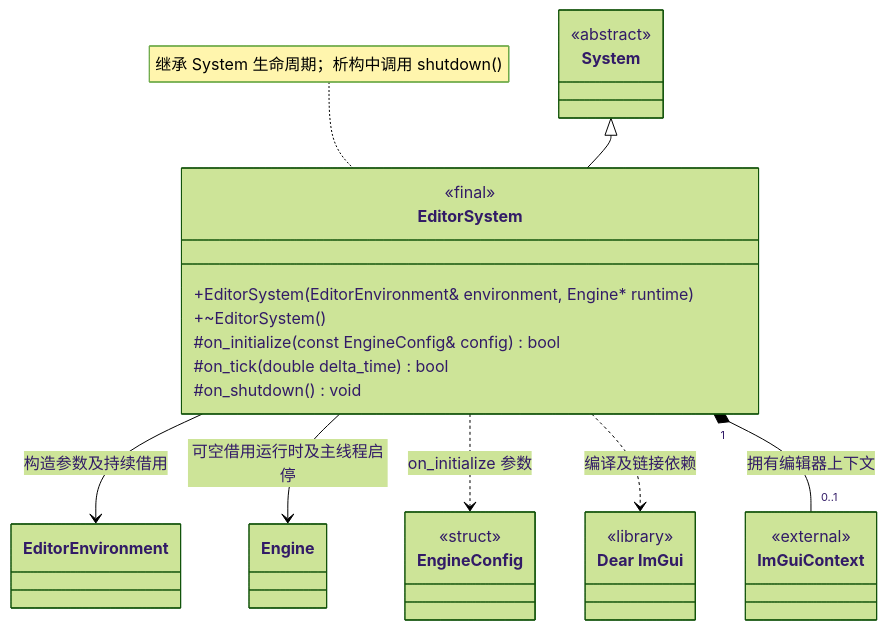
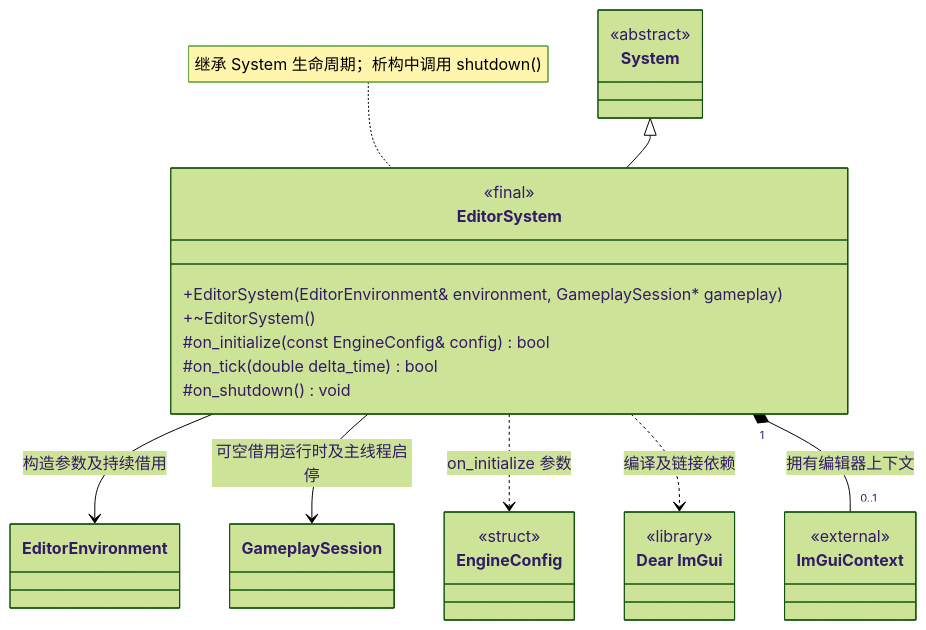
Before and after one commit to lcals/Engine: the diagram in docs/editor/class-diagrams/editor-system.md, drawn with Mermaid (forest theme). The commit also changed other lines of this file and 143 other files, not shown here.

````diff
--- a/docs/editor/class-diagrams/editor-system.md
+++ b/docs/editor/class-diagrams/editor-system.md
@@ -7,33 +7,33 @@
 ```mermaid
 classDiagram
     direction TB
     class EditorSystem {
         <<final>>
-        +EditorSystem(EditorEnvironment& environment, Engine* runtime)
+        +EditorSystem(EditorEnvironment& environment, GameplaySession#42; gameplay)
         +~EditorSystem()
         #on_initialize(const EngineConfig& config) bool
         #on_tick(double delta_time) bool
         #on_shutdown() void
     }
     class System {
         <<abstract>>
     }
     class EngineConfig {
         <<struct>>
     }
     class EditorEnvironment
-    class Engine
+    class GameplaySession
     class DearImGui["Dear ImGui"] {
         <<library>>
     }
     class ImGuiContext {
         <<external>>
     }
     System <|-- EditorSystem
     EditorSystem --> EditorEnvironment : 构造参数及持续借用
-    EditorSystem --> Engine : 可空借用运行时及主线程启停
+    EditorSystem --> GameplaySession : 可空借用运行时及主线程启停
     EditorSystem ..> EngineConfig : on_initialize 参数
     EditorSystem ..> DearImGui : 编译及链接依赖
     EditorSystem "1" *-- "0..1" ImGuiContext : 拥有编辑器上下文
     note for EditorSystem "继承 System 生命周期；析构中调用 shutdown()"
 ```
````
